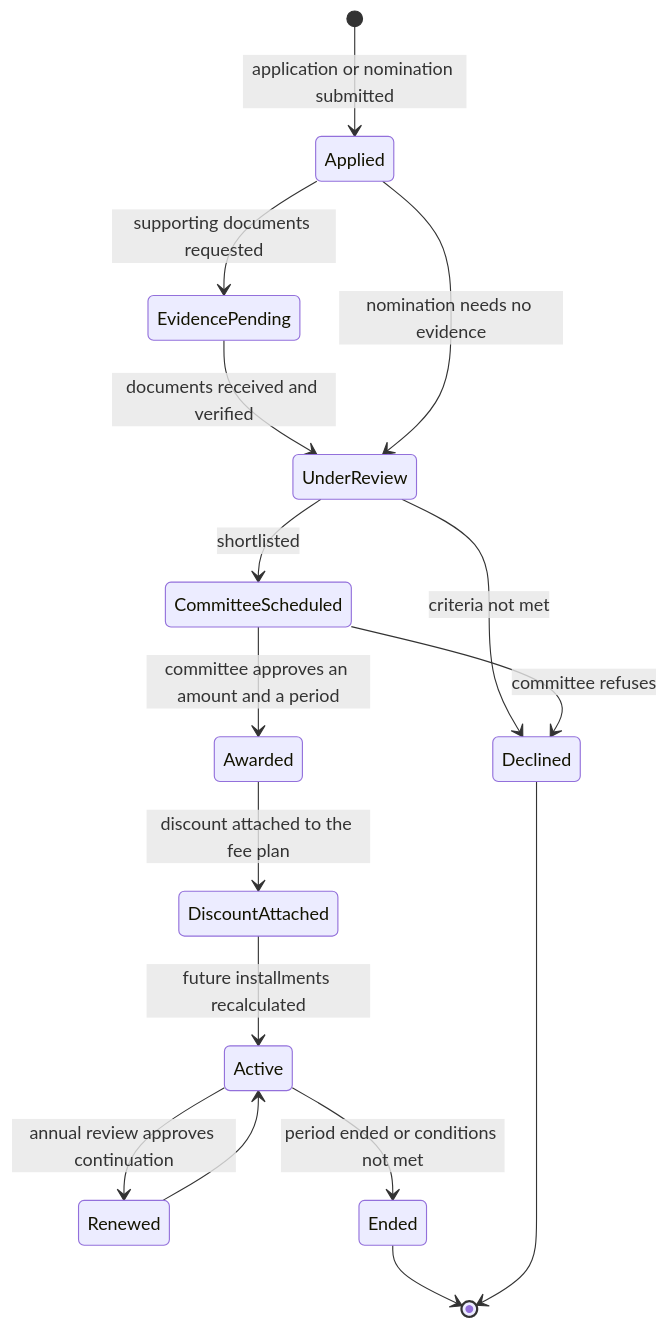
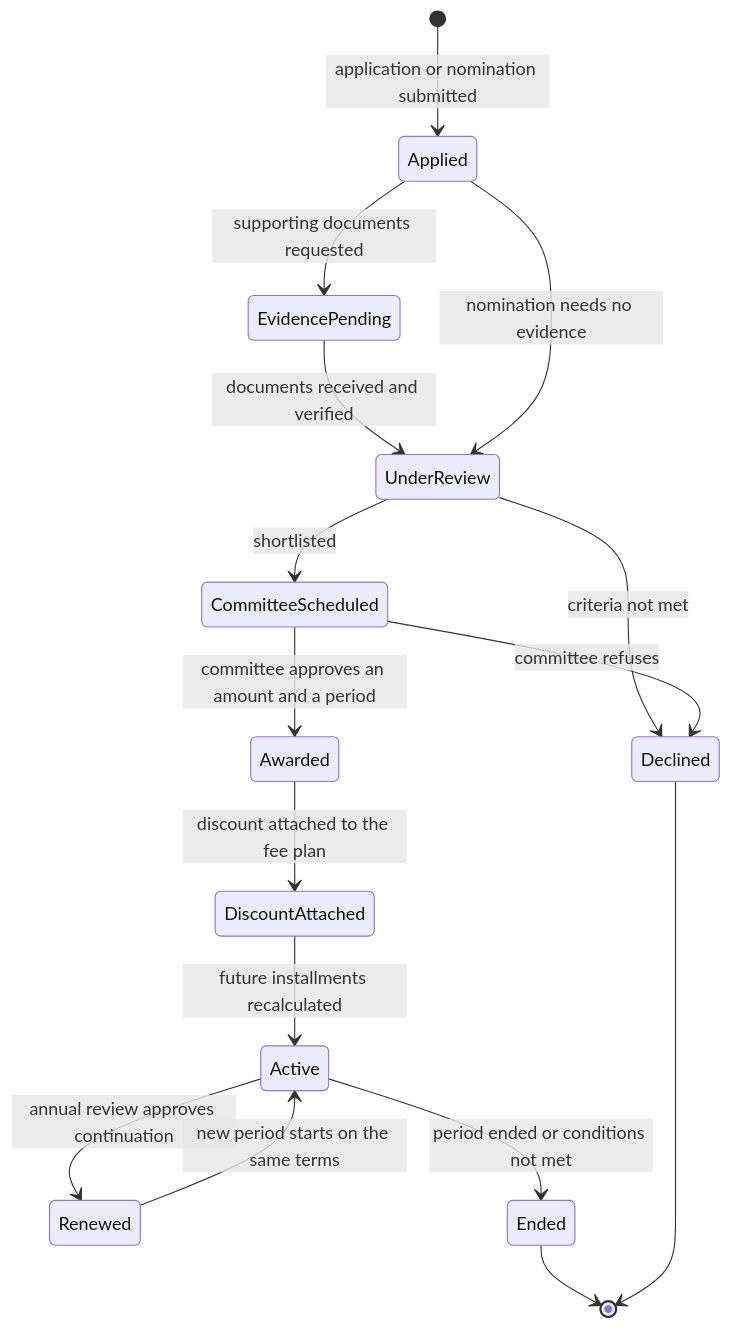
Before and after one commit to mahmodnasser/nibras: diagram 28 of 52 in docs/brief/02-appendices/appendix-r-workflow-catalog.md, drawn with Mermaid. The commit also changed 70 other files, not shown here.

````diff
--- a/docs/brief/02-appendices/appendix-r-workflow-catalog.md
+++ b/docs/brief/02-appendices/appendix-r-workflow-catalog.md
@@ -1097,18 +1097,18 @@
 ```mermaid
 stateDiagram-v2
     [*] --> Applied: application or nomination submitted
     Applied --> EvidencePending: supporting documents requested
     EvidencePending --> UnderReview: documents received and verified
     Applied --> UnderReview: nomination needs no evidence
     UnderReview --> CommitteeScheduled: shortlisted
     UnderReview --> Declined: criteria not met
     CommitteeScheduled --> Awarded: committee approves an amount and a period
     CommitteeScheduled --> Declined: committee refuses
     Awarded --> DiscountAttached: discount attached to the fee plan
     DiscountAttached --> Active: future installments recalculated
     Active --> Renewed: annual review approves continuation
     Active --> Ended: period ended or conditions not met
-    Renewed --> Active
+    Renewed --> Active: new period starts on the same terms
     Ended --> [*]
     Declined --> [*]
 ```
````
